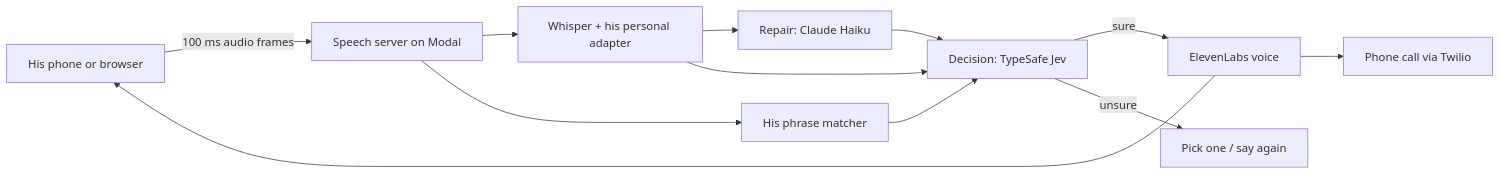
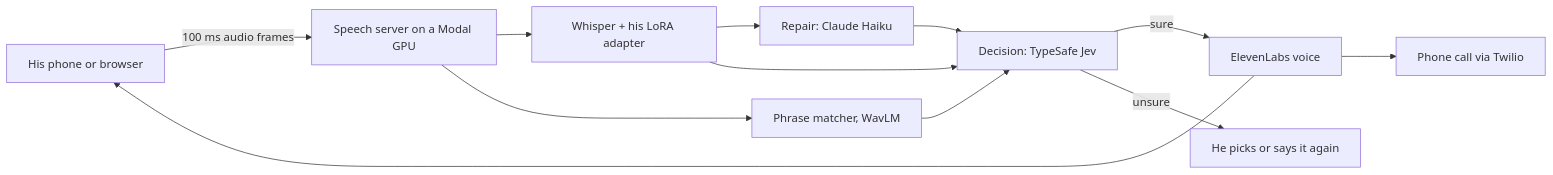
Before and after one commit to 1337Xcode/my-voice: the diagram in README.md, drawn with Mermaid. The commit also changed other lines of this file and 1 other file, not shown here.

````diff
--- a/README.md
+++ b/README.md
@@ -69,14 +173,14 @@
 ```mermaid
 flowchart LR
-  A[His phone or browser] -- 100 ms audio frames --> B[Speech server on Modal]
-  B --> C[Whisper + his personal adapter]
-  B --> D[His phrase matcher]
+  A[His phone or browser] -- 100 ms audio frames --> B[Speech server on a Modal GPU]
+  B --> C[Whisper + his LoRA adapter]
+  B --> D[Phrase matcher, WavLM]
   C --> E[Repair: Claude Haiku]
   C --> F[Decision: TypeSafe Jev]
   D --> F
   E --> F
   F -- sure --> G[ElevenLabs voice]
-  F -- unsure --> H[Pick one / say again]
+  F -- unsure --> H[He picks or says it again]
   G --> A
   G --> I[Phone call via Twilio]
 ```
````
